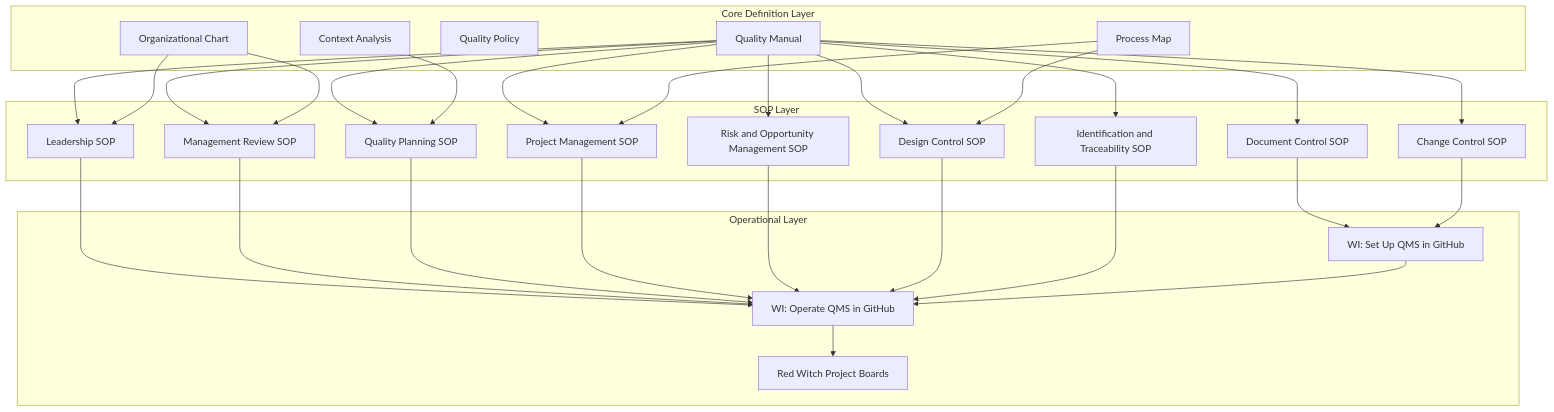
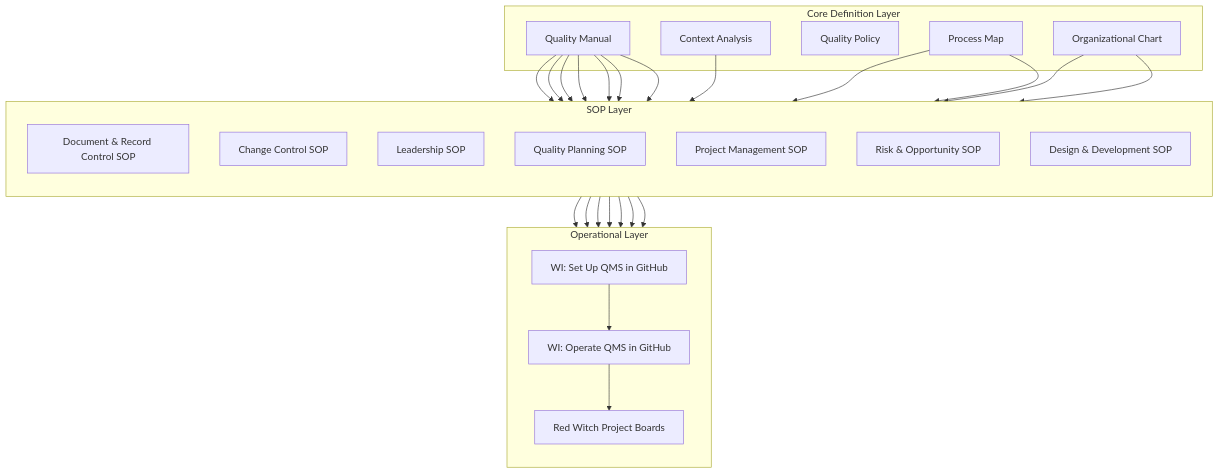
Before and after one commit to Floating-Eye-Software/fley-qms: the first of 2 diagrams in QMS/Process-Map.md, drawn with Mermaid. The commit also changed other lines of this file and 1 other file, not shown here.

````diff
--- a/QMS/Process-Map.md
+++ b/QMS/Process-Map.md
@@ -63,63 +7,59 @@
 ```mermaid
 flowchart TD
-    %% Core Definition Layer
+    %% --- Core Definition Layer ---
     subgraph Core[Core Definition Layer]
         QM[Quality Manual]
         CA[Context Analysis]
         QP[Quality Policy]
         PM[Process Map]
         OC[Organizational Chart]
     end
 
-    %% SOP Layer
+    %% --- SOP Layer ---
     subgraph SOP[SOP Layer]
-        SOP1[Document Control SOP]
-        SOP2[Change Control SOP]
-        SOP3[Leadership SOP]
-        SOP4[Management Review SOP]
-        SOP5[Quality Planning SOP]
-        SOP6[Project Management SOP]
-        SOP7[Risk and Opportunity Management SOP]
-        SOP8[Design Control SOP]
-        SOP9[Identification and Traceability SOP]
+        direction TB
+        SOP3[Document & Record Control SOP]
+        SOP4[Change Control SOP]
+        SOP5[Leadership SOP]
+        SOP6[Quality Planning SOP]
+        SOP7[Project Management SOP]
+        SOP8[Risk & Opportunity SOP]
+        SOP9[Design & Development SOP]
     end
 
-    %% Operational Layer
+    %% --- Operational Layer ---
     subgraph WI[Operational Layer]
+        direction TB
         WISetup[WI: Set Up QMS in GitHub]
         WIOperate[WI: Operate QMS in GitHub]
         ProductBoards[Red Witch Project Boards]
     end
 
-    %% Connections between Core and SOPs
-    QM --> SOP1
-    QM --> SOP2
+    %% --- Connections: Core → SOPs ---
     QM --> SOP3
     QM --> SOP4
     QM --> SOP5
     QM --> SOP6
     QM --> SOP7
     QM --> SOP8
     QM --> SOP9
 
-    CA --> SOP5
-    PM --> SOP6
-    PM --> SOP8
-    OC --> SOP3
-    OC --> SOP4
+    CA --> SOP6
+    PM --> SOP7
+    PM --> SOP9
+    OC --> SOP5
+    OC --> SOP7
 
-    %% SOPs to Operational Layer
-    SOP1 --> WISetup
-    SOP2 --> WISetup
-    SOP3 --> WIOperate
-    SOP4 --> WIOperate
+    %% --- Connections: SOPs → Operational Layer ---
+    SOP3 --> WISetup
+    SOP4 --> WISetup
     SOP5 --> WIOperate
     SOP6 --> WIOperate
     SOP7 --> WIOperate
     SOP8 --> WIOperate
     SOP9 --> WIOperate
 
-    %% Workflow progression
+    %% --- Workflow progression ---
     WISetup --> WIOperate
     WIOperate --> ProductBoards
 ```
````
